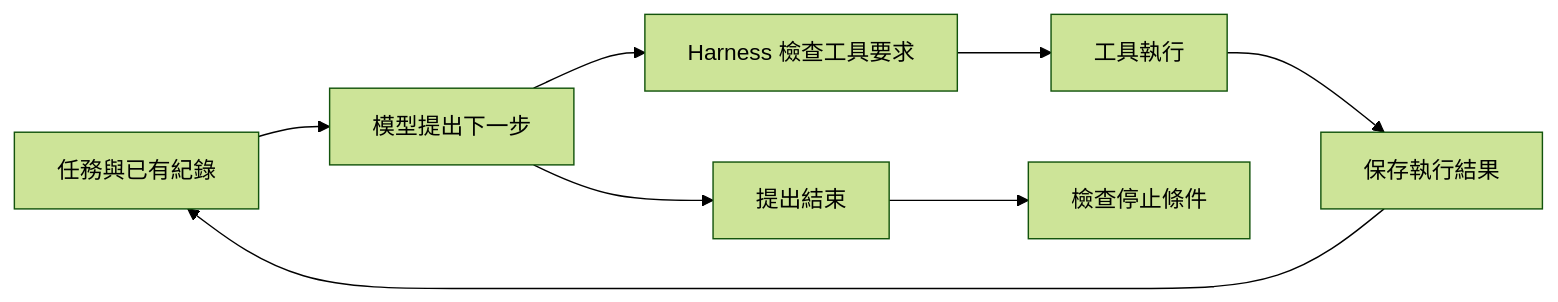
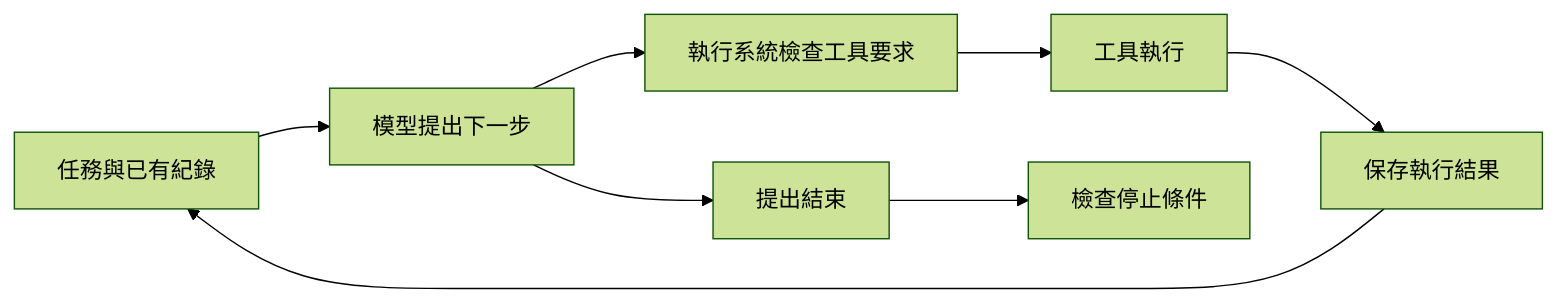
The diagram in docs/harness-engineering/03-agent-loop.md (wizardhsiehcom/book), drawn with Mermaid (forest theme) before and after one commit. The commit also changed other lines of this file and 26 other files, not shown here.

````diff
--- a/docs/harness-engineering/03-agent-loop.md
+++ b/docs/harness-engineering/03-agent-loop.md
@@ -13,10 +13,10 @@
 ```mermaid
 flowchart LR
     A["任務與已有紀錄"] --> B["模型提出下一步"]
-    B --> C["Harness 檢查工具要求"]
+    B --> C["執行系統檢查工具要求"]
     C --> D["工具執行"]
     D --> E["保存執行結果"]
     E --> A
     B --> F["提出結束"]
     F --> G["檢查停止條件"]
 ```
````
